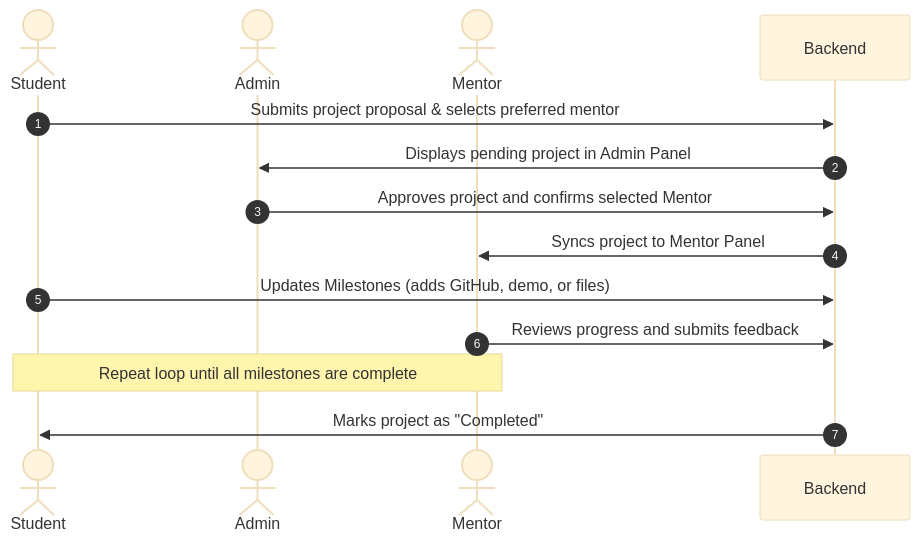
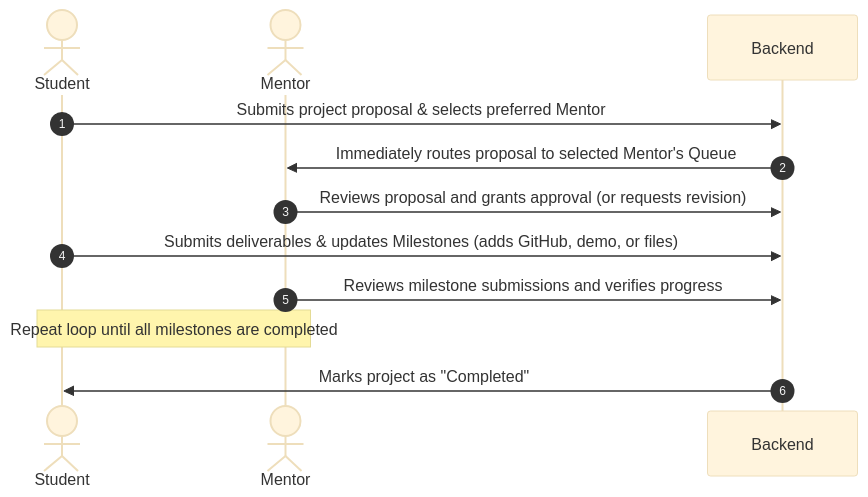
Before and after one commit to swatisdegaonkar/Student_project_management_portal: the second of 2 diagrams in README.md, drawn with Mermaid (base theme).

Commit message:
updated readme file

````diff
--- a/README.md
+++ b/README.md
@@ -85,16 +85,14 @@
 ```mermaid
 sequenceDiagram
     autonumber
     actor Student
-    actor Admin
     actor Mentor
 
-    Student->>Backend: Submits project proposal & selects preferred mentor
-    Backend->>Admin: Displays pending project in Admin Panel
-    Admin->>Backend: Approves project and confirms selected Mentor
-    Backend->>Mentor: Syncs project to Mentor Panel
-    Student->>Backend: Updates Milestones (adds GitHub, demo, or files)
-    Mentor->>Backend: Reviews progress and submits feedback
-    Note over Student, Mentor: Repeat loop until all milestones are complete
+    Student->>Backend: Submits project proposal & selects preferred Mentor
+    Backend->>Mentor: Immediately routes proposal to selected Mentor's Queue
+    Mentor->>Backend: Reviews proposal and grants approval (or requests revision)
+    Student->>Backend: Submits deliverables & updates Milestones (adds GitHub, demo, or files)
+    Mentor->>Backend: Reviews milestone submissions and verifies progress
+    Note over Student, Mentor: Repeat loop until all milestones are completed
     Backend->>Student: Marks project as "Completed"
 ```
````
